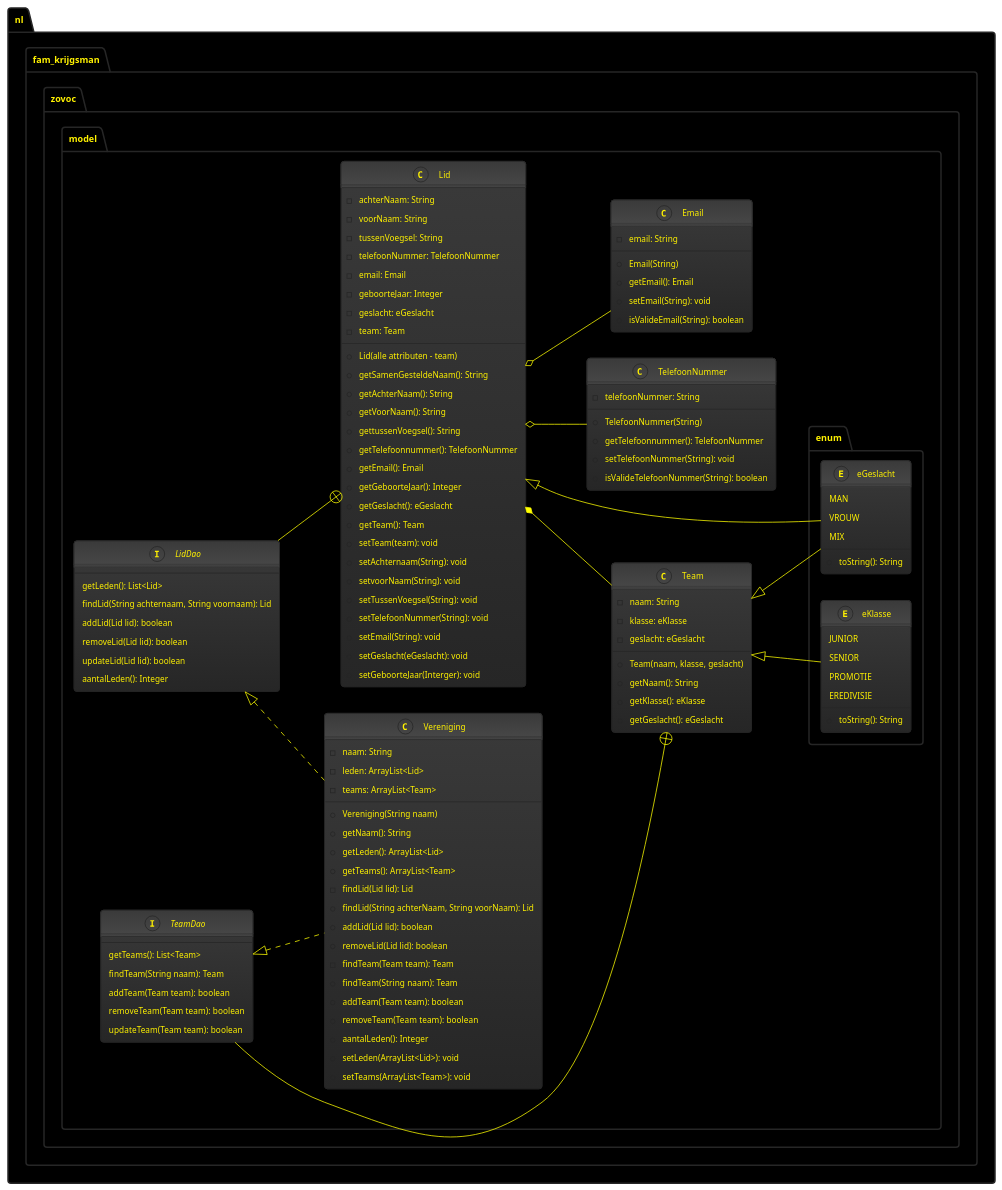
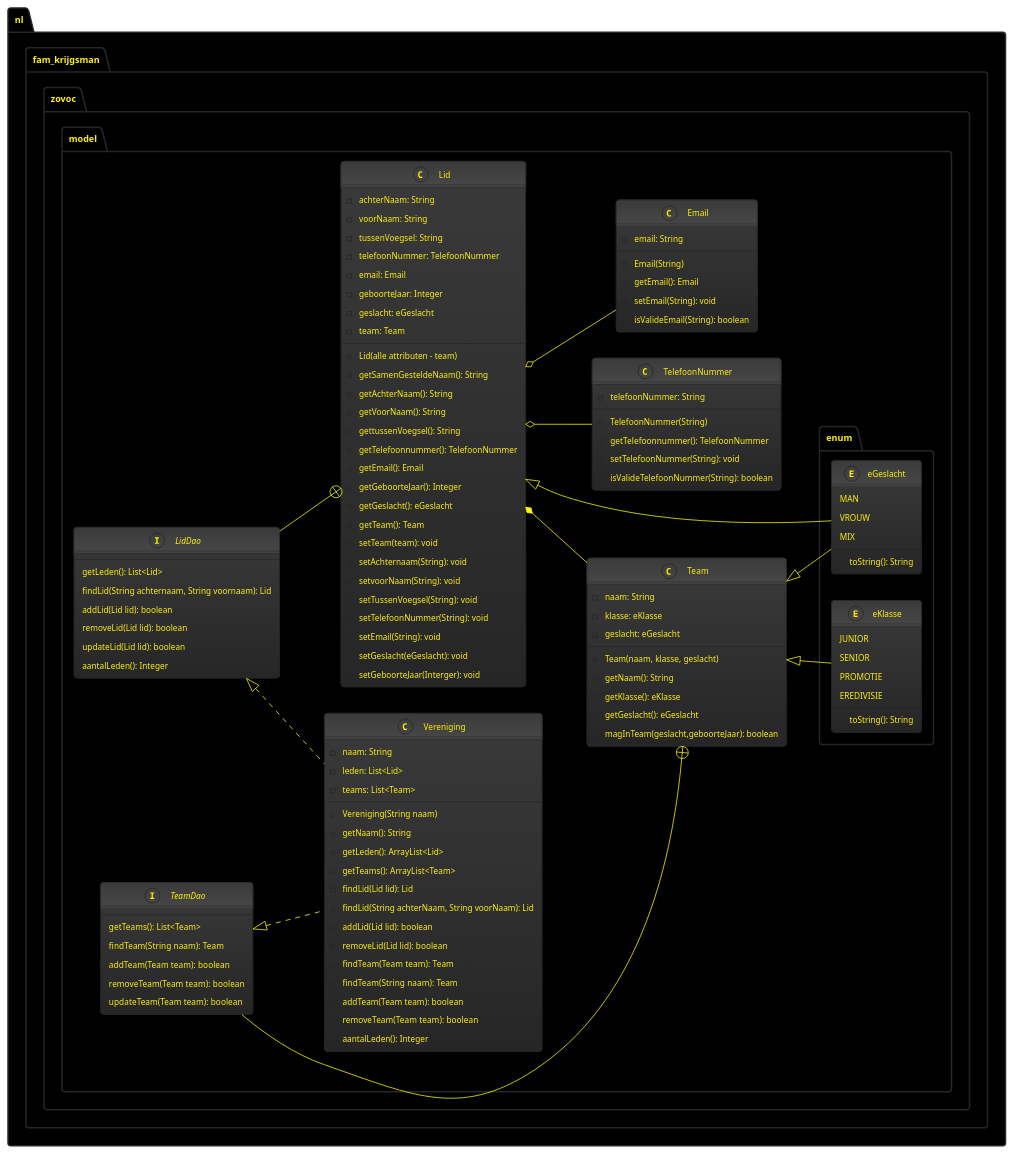
The diagram in Docs/Zovoc-Leden-Beheer-KlasseDiagram.puml (kaasszje/Zovoc-Leden-Beheer), drawn with PlantUML before and after one commit. The commit also changed 7 other files, not shown here.

Commit message:
Opschoning van setLeden en setTeams classes, deze zorgde voor mogelijk verkeerde toevoer van lijsten.

```diff
--- a/Docs/Zovoc-Leden-Beheer-KlasseDiagram.puml
+++ b/Docs/Zovoc-Leden-Beheer-KlasseDiagram.puml
@@ -1,137 +1,136 @@
 @startuml
 'https://plantuml.com/class-diagram
 !theme black-knight
 left to right direction
 skinparam class {
     ArrowColor Yellow
     ArrowThickness 1
 }
 
 skinparam package {
     BackgroundColor #000000
 }
 
 package nl.fam_krijgsman.zovoc.model {
 class Vereniging implements LidDao, TeamDao{
     -naam: String
-    -leden: ArrayList<Lid>
-    -teams: ArrayList<Team>
+    -leden: List<Lid>
+    -teams: List<Team>
     +Vereniging(String naam)
     +getNaam(): String
     +getLeden(): ArrayList<Lid>
     +getTeams(): ArrayList<Team>
     -findLid(Lid lid): Lid
     +findLid(String achterNaam, String voorNaam): Lid
     +addLid(Lid lid): boolean
     +removeLid(Lid lid): boolean
     -findTeam(Team team): Team
     +findTeam(String naam): Team
     +addTeam(Team team): boolean
     +removeTeam(Team team): boolean
     +aantalLeden(): Integer
-    +setLeden(ArrayList<Lid>): void
-    +setTeams(ArrayList<Team>): void
 }
 
 class Lid {
     -achterNaam: String
     -voorNaam: String
     -tussenVoegsel: String
     -telefoonNummer: TelefoonNummer
     -email: Email
     -geboorteJaar: Integer
     -geslacht: eGeslacht
     -team: Team
     +Lid(alle attributen - team)
     +getSamenGesteldeNaam(): String
     +getAchterNaam(): String
     +getVoorNaam(): String
     +gettussenVoegsel(): String
     +getTelefoonnummer(): TelefoonNummer
     +getEmail(): Email
     +getGeboorteJaar(): Integer
     +getGeslacht(): eGeslacht
     +getTeam(): Team
     +setTeam(team): void
     +setAchternaam(String): void
     +setvoorNaam(String): void
     +setTussenVoegsel(String): void
     +setTelefoonNummer(String): void
     +setEmail(String): void
     +setGeslacht(eGeslacht): void
     +setGeboorteJaar(Interger): void
 }
 
 interface LidDao {
         getLeden(): List<Lid>
         findLid(String achternaam, String voornaam): Lid
         addLid(Lid lid): boolean
         removeLid(Lid lid): boolean
         updateLid(Lid lid): boolean
         aantalLeden(): Integer
 }
 
 class Team {
     -naam: String
     -klasse: eKlasse
     -geslacht: eGeslacht
     +Team(naam, klasse, geslacht)
     +getNaam(): String
     +getKlasse(): eKlasse
     +getGeslacht(): eGeslacht
+    +magInTeam(geslacht,geboorteJaar): boolean
 }
 
 interface TeamDao {
     getTeams(): List<Team>
     findTeam(String naam): Team
     addTeam(Team team): boolean
     removeTeam(Team team): boolean
     updateTeam(Team team): boolean
 }
 
 class TelefoonNummer {
     - telefoonNummer: String
     + TelefoonNummer(String)
     + getTelefoonnummer(): TelefoonNummer
     + setTelefoonNummer(String): void
     + isValideTelefoonNummer(String): boolean
 }
 
 class Email {
     - email: String
     + Email(String)
     + getEmail(): Email
     + setEmail(String): void
     + isValideEmail(String): boolean
 }
 
 package enum {
     enum eGeslacht {
         MAN
         VROUW
         MIX
         +toString(): String
     }
 
 
     enum eKlasse {
           JUNIOR
         SENIOR
         PROMOTIE
         EREDIVISIE
         +toString(): String
     }
 
 }
 }
 
 Team <|- eKlasse
 Team <|-- eGeslacht
 Lid <|- eGeslacht
 Lid o-- TelefoonNummer
 Lid o-- Email
 Lid  *-- Team
 LidDao --+ Lid
 TeamDao --+ Team
 
 @enduml
```
